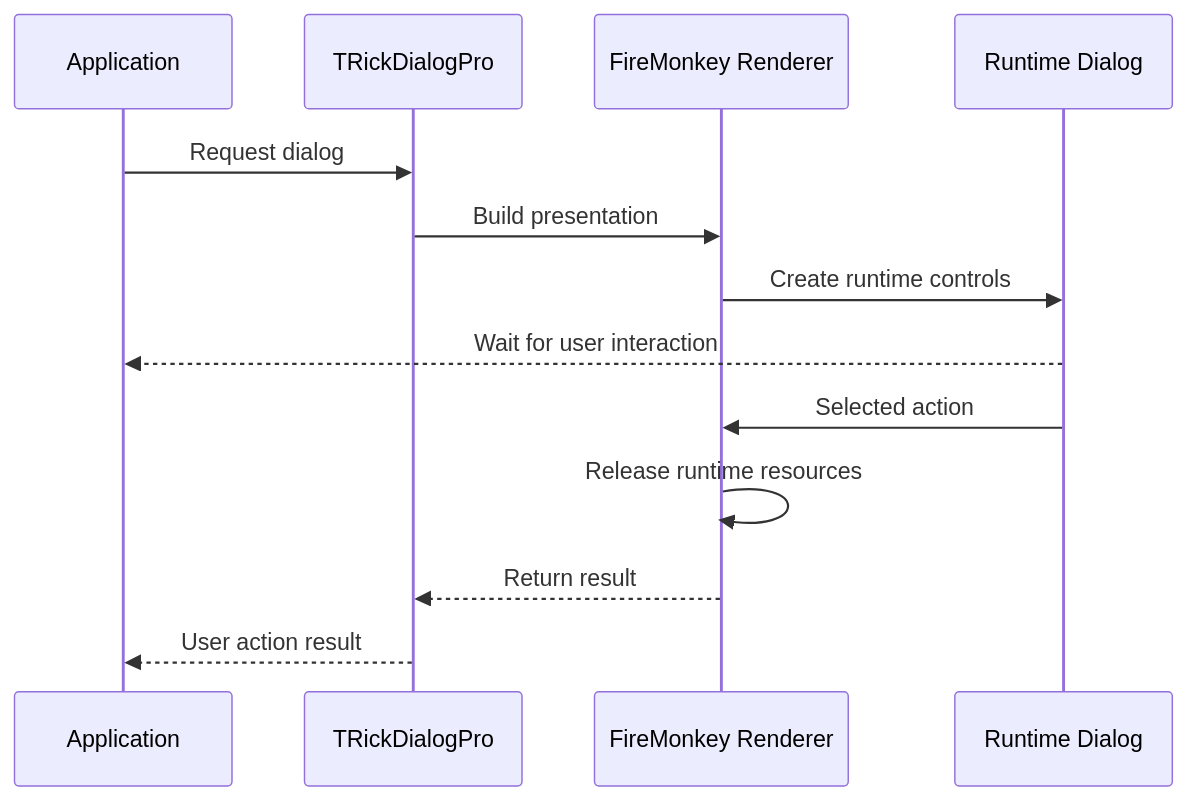
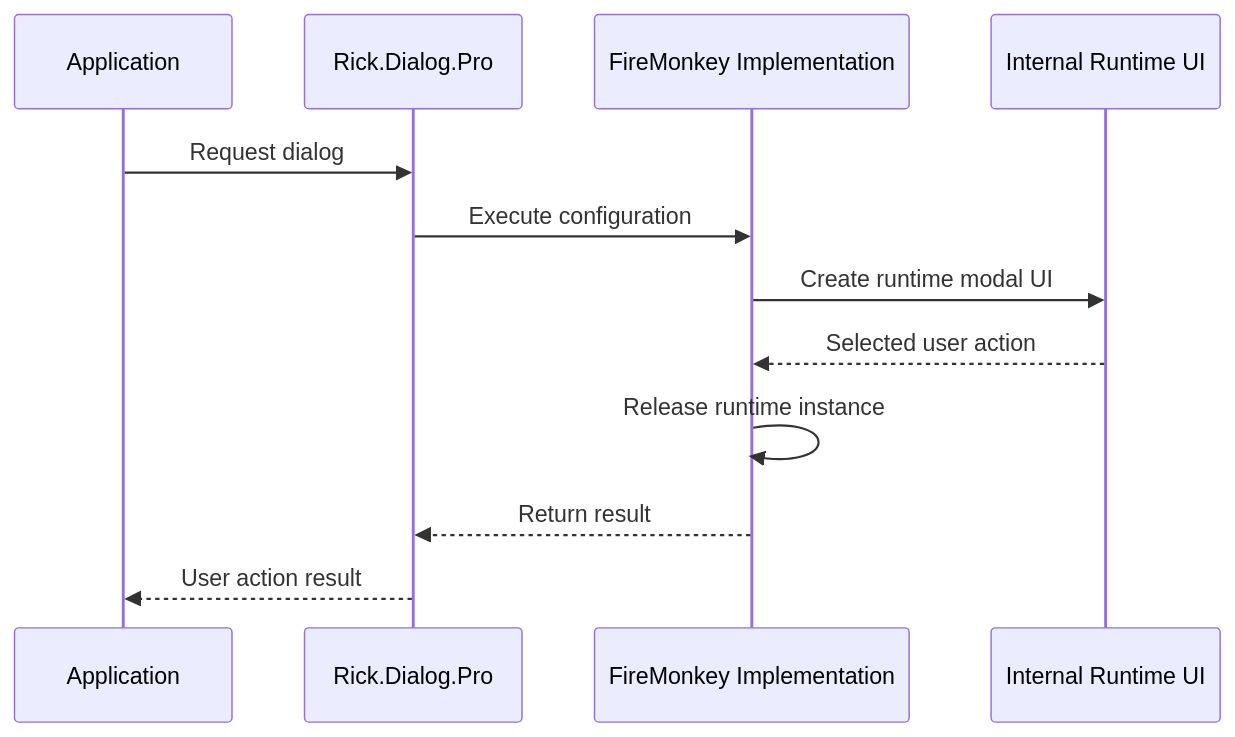
Before and after one commit to ricksolucoes/RickDialogPro: the second of 2 diagrams in README.md, drawn with Mermaid. The commit also changed other lines of this file and 27 other files, not shown here.

````diff
--- a/README.md
+++ b/README.md
@@ -207,16 +248,15 @@
 ```mermaid
 sequenceDiagram
     participant App as Application
-    participant API as TRickDialogPro
-    participant UI as FireMonkey Renderer
-    participant Modal as Runtime Dialog
+    participant API as Rick.Dialog.Pro
+    participant Impl as FireMonkey Implementation
+    participant Modal as Internal Runtime UI
 
     App->>API: Request dialog
-    API->>UI: Build presentation
-    UI->>Modal: Create runtime controls
-    Modal-->>App: Wait for user interaction
-    Modal->>UI: Selected action
-    UI->>UI: Release runtime resources
-    UI-->>API: Return result
+    API->>Impl: Execute configuration
+    Impl->>Modal: Create runtime modal UI
+    Modal-->>Impl: Selected user action
+    Impl->>Impl: Release runtime instance
+    Impl-->>API: Return result
     API-->>App: User action result
 ```
````
